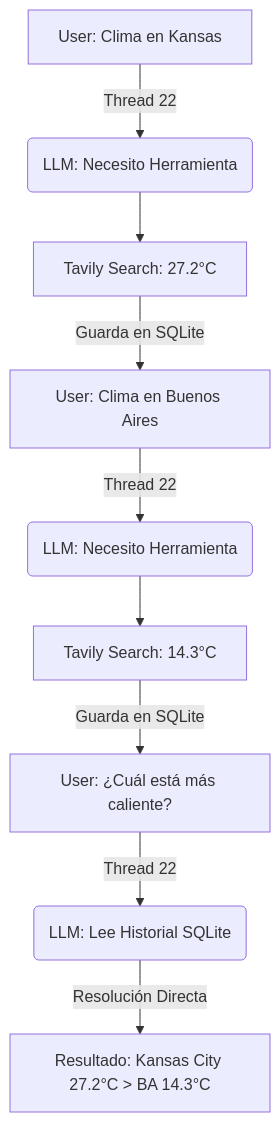
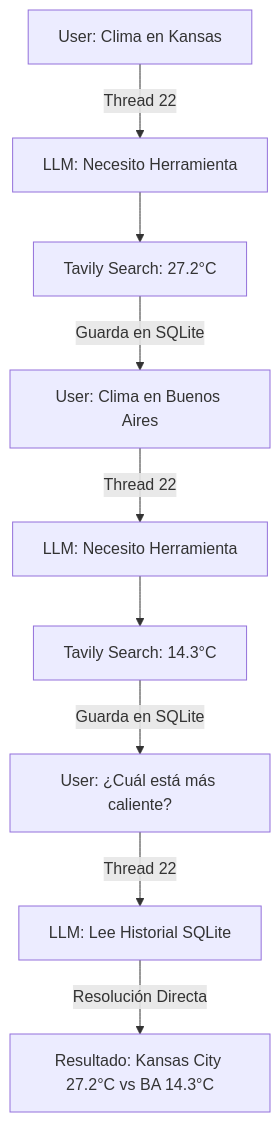
One commit to cris959/orquestacion-agentes-multiagentes changed the diagram in README.md. Above: the diagram before and after it, drawn with Mermaid. The commit also changed 1 other file, not shown here.

Commit message:
chore: corrige formato de .gitignore y limpia clase_03

````diff
--- a/README.md
+++ b/README.md
@@ -22,11 +22,11 @@
 ```mermaid
 graph TD
-    A[User: Clima en Kansas] -->|Thread 22| B(LLM: Necesito Herramienta)
-    B --> C[Tavily Search: 27.2°C]
-    C -->|Guarda en SQLite| D[User: Clima en Buenos Aires]
-    D -->|Thread 22| E(LLM: Necesito Herramienta)
-    E --> F[Tavily Search: 14.3°C]
-    F -->|Guarda en SQLite| G[User: ¿Cuál está más caliente?]
-    G -->|Thread 22| H(LLM: Lee Historial SQLite)
-    H -->|Resolución Directa| I[Resultado: Kansas City 27.2°C > BA 14.3°C]
+    A["User: Clima en Kansas"] -->|Thread 22| B["LLM: Necesito Herramienta"]
+    B --> C["Tavily Search: 27.2°C"]
+    C -->|Guarda en SQLite| D["User: Clima en Buenos Aires"]
+    D -->|Thread 22| E["LLM: Necesito Herramienta"]
+    E --> F["Tavily Search: 14.3°C"]
+    F -->|Guarda en SQLite| G["User: ¿Cuál está más caliente?"]
+    G -->|Thread 22| H["LLM: Lee Historial SQLite"]
+    H -->|Resolución Directa| I["Resultado: Kansas City 27.2°C vs BA 14.3°C"]
 ```
````
